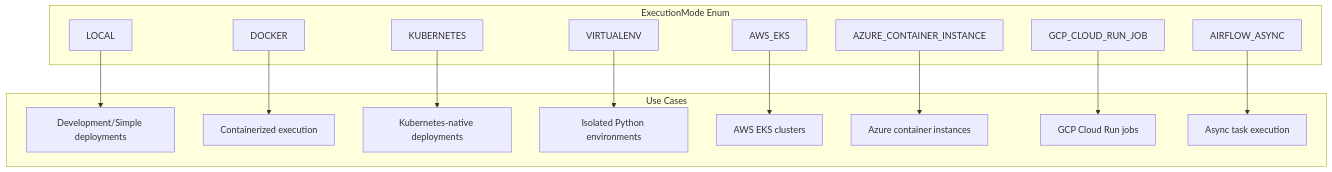
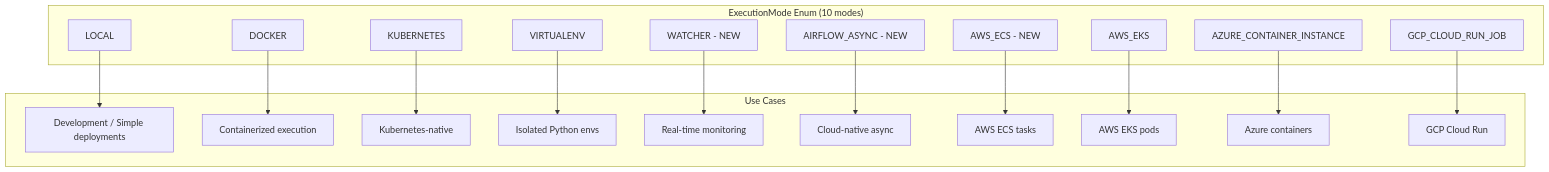
Before and after one commit to josix/astronomer-cosmos: the tenth of 28 diagrams in docs/ARCHITECTURE.md, drawn with Mermaid. The commit also changed other lines of this file, not shown here.

First line of the commit message:
docs: Update architecture documentation with v1.12 features

````diff
--- a/docs/ARCHITECTURE.md
+++ b/docs/ARCHITECTURE.md
@@ -420,24 +497,28 @@
 ```mermaid
 graph TB
-    subgraph "ExecutionMode Enum"
+    subgraph "ExecutionMode Enum (10 modes)"
         LOCAL[LOCAL]
         DOCKER[DOCKER]
         K8S[KUBERNETES]
         VENV[VIRTUALENV]
+        WATCHER[WATCHER - NEW]
+        ASYNC[AIRFLOW_ASYNC - NEW]
+        ECS[AWS_ECS - NEW]
         EKS[AWS_EKS]
         ACI[AZURE_CONTAINER_INSTANCE]
         GCR[GCP_CLOUD_RUN_JOB]
-        ASYNC[AIRFLOW_ASYNC]
     end
 
     subgraph "Use Cases"
-        LOCAL --> UC1[Development/Simple deployments]
+        LOCAL --> UC1[Development / Simple deployments]
         DOCKER --> UC2[Containerized execution]
-        K8S --> UC3[Kubernetes-native deployments]
-        VENV --> UC4[Isolated Python environments]
-        EKS --> UC5[AWS EKS clusters]
-        ACI --> UC6[Azure container instances]
-        GCR --> UC7[GCP Cloud Run jobs]
-        ASYNC --> UC8[Async task execution]
+        K8S --> UC3[Kubernetes-native]
+        VENV --> UC4[Isolated Python envs]
+        WATCHER --> UC5[Real-time monitoring]
+        ASYNC --> UC6[Cloud-native async]
+        ECS --> UC7[AWS ECS tasks]
+        EKS --> UC8[AWS EKS pods]
+        ACI --> UC9[Azure containers]
+        GCR --> UC10[GCP Cloud Run]
     end
 ```
````
